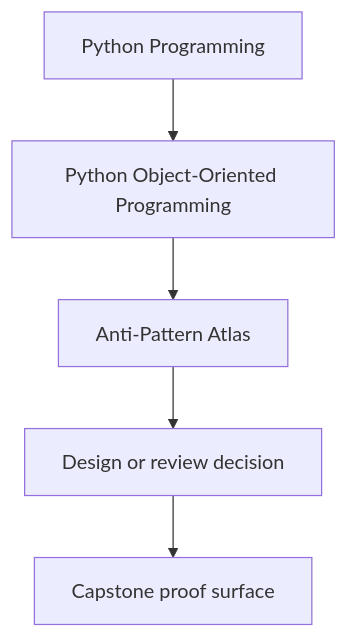
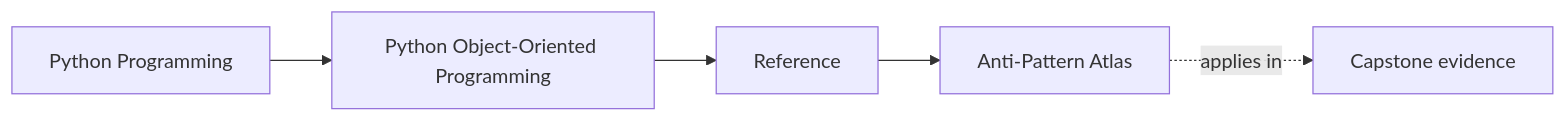
One commit to bijux/bijux-masterclass changed the first of 2 diagrams in programs/python-programming/python-object-oriented-programming/course-book/reference/anti-pattern-atlas.md. Above: the diagram before and after it, drawn with Mermaid. The commit also changed other lines of this file and 103 other files, not shown here.

Commit message:
docs(python-object-oriented-programming): map sustainment and capstone surfaces

````diff
--- a/programs/python-programming/python-object-oriented-programming/course-book/reference/anti-pattern-atlas.md
+++ b/programs/python-programming/python-object-oriented-programming/course-book/reference/anti-pattern-atlas.md
@@ -7,7 +7,11 @@
 ```mermaid
-flowchart TD
-  family["Python Programming"] --> program["Python Object-Oriented Programming"]
-  program --> reference["Anti-Pattern Atlas"]
-  reference --> review["Design or review decision"]
-  review --> capstone["Capstone proof surface"]
+graph LR
+  family["Python Programming"]
+  program["Python Object-Oriented Programming"]
+  section["Reference"]
+  page["Anti-Pattern Atlas"]
+  capstone["Capstone evidence"]
+
+  family --> program --> section --> page
+  page -.applies in.-> capstone
 ```
````
